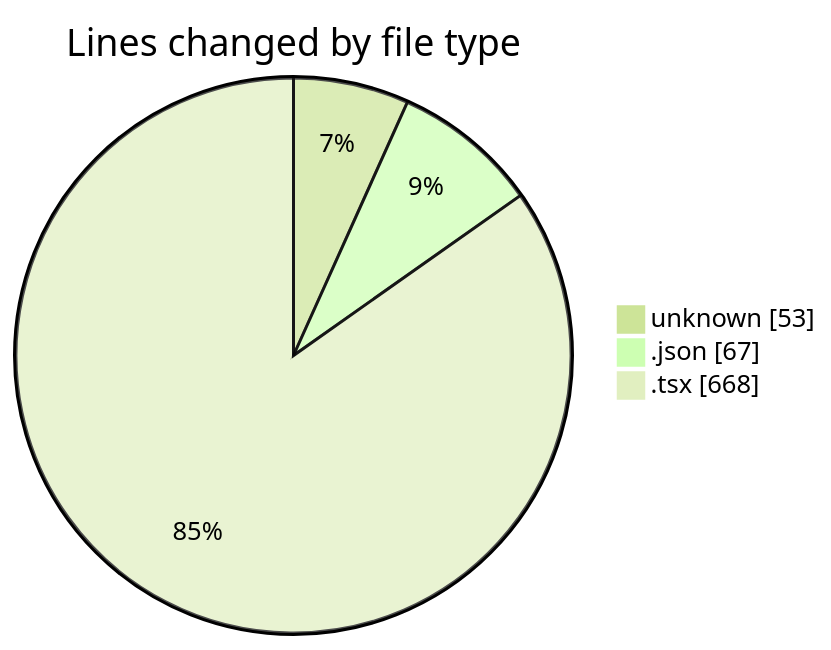
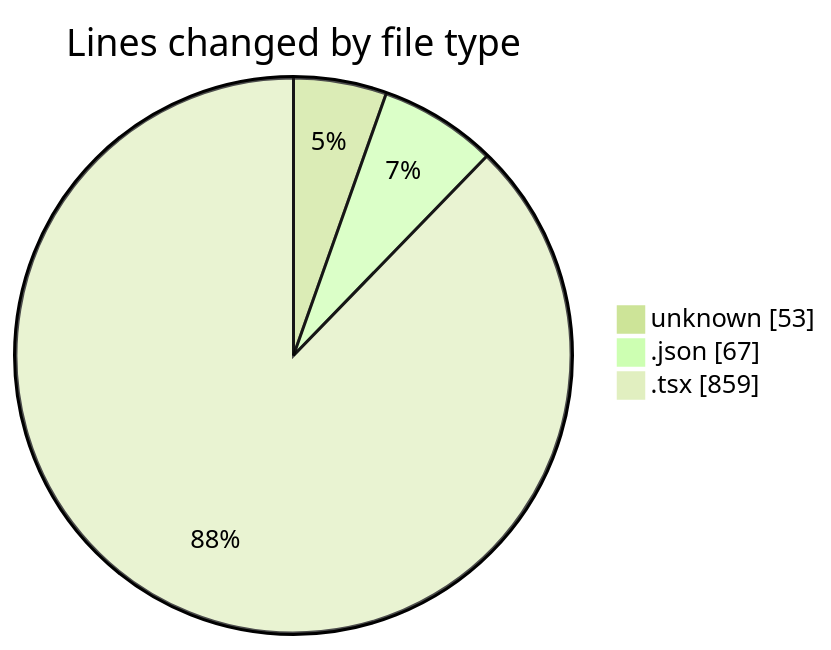
One commit to momahboobian/code-tracking changed the first of 2 diagrams in 2026-01-19/cda/README.md. Above: the diagram before and after it, drawn with Mermaid (forest theme). The commit also changed other lines of this file and 1 other file, not shown here.

````diff
--- a/2026-01-19/cda/README.md
+++ b/2026-01-19/cda/README.md
@@ -23,7 +24,7 @@
 ```mermaid
 pie showData
 title Lines changed by file type
 "unknown" : 53
 ".json" : 67
-".tsx" : 668
+".tsx" : 859
 ```
````
